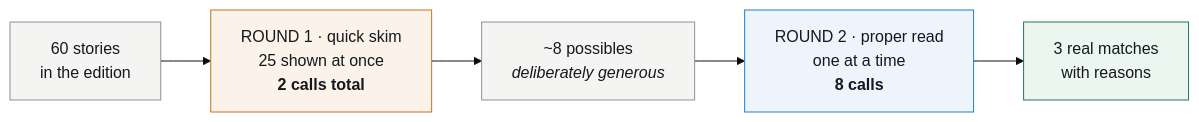
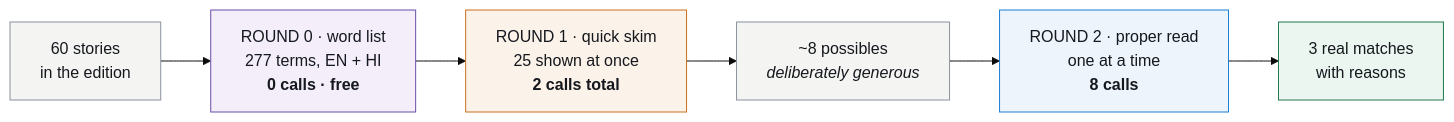
The third of 4 diagrams in docs/HOW-IT-WORKS.md (ashish-ratna-bcss/print_media_blura_saga), drawn with Mermaid (base theme) before and after one commit. The commit also changed other lines of this file and 38 other files, not shown here.

Commit message:
make changes in the flow of the search and storage

````diff
--- a/docs/HOW-IT-WORKS.md
+++ b/docs/HOW-IT-WORKS.md
@@ -388,13 +397,15 @@
 ```mermaid
 flowchart LR
-    A["60 stories<br/>in the edition"] --> B["ROUND 1 · quick skim<br/>25 shown at once<br/><b>2 calls total</b>"]
+    A["60 stories<br/>in the edition"] --> Z["ROUND 0 · word list<br/>277 terms, EN + HI<br/><b>0 calls · free</b>"]
+    Z --> B["ROUND 1 · quick skim<br/>25 shown at once<br/><b>2 calls total</b>"]
     B --> C["~8 possibles<br/><i>deliberately generous</i>"]
     C --> D["ROUND 2 · proper read<br/>one at a time<br/><b>8 calls</b>"]
     D --> E["3 real matches<br/>with reasons"]
 
     style A fill:#F4F4F2,stroke:#8A929E,color:#15181D
+    style Z fill:#F3EEF9,stroke:#6B4FA8,color:#15181D
     style B fill:#FBF2E9,stroke:#C9701C,color:#15181D
     style C fill:#F4F4F2,stroke:#8A929E,color:#15181D
     style D fill:#EDF4FB,stroke:#1B7FD4,color:#15181D
     style E fill:#ECF6F0,stroke:#1F7A4D,color:#15181D
 ```
````
